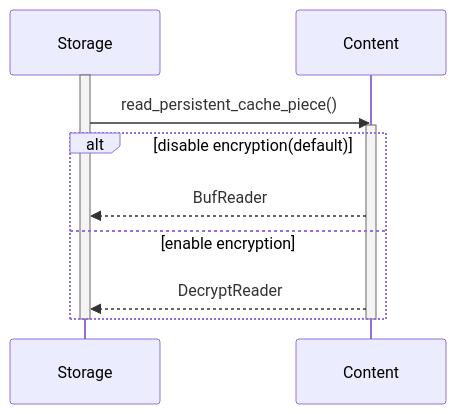
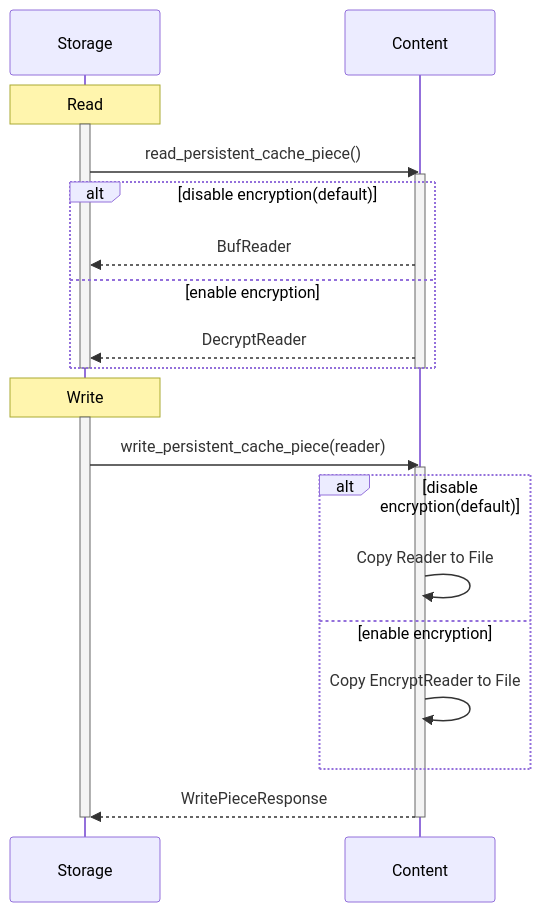
The first of 2 diagrams in systems-analysis/peer-cache-encryption-storage.md (dragonflyoss/design), drawn with Mermaid before and after one commit.

Commit message:
docs: update graph with write piece

````diff
--- a/systems-analysis/peer-cache-encryption-storage.md
+++ b/systems-analysis/peer-cache-encryption-storage.md
@@ -26,18 +26,37 @@
 ```mermaid
 sequenceDiagram
     participant storage as Storage
     participant content as Content
 
+    %% Read
+    Note over storage: Read
     activate storage
     storage->>content: read_persistent_cache_piece()
 
     activate content
     alt disable encryption(default)
         content-->>storage: BufReader
     else enable encryption
         content-->>storage: DecryptReader
     end
 
     deactivate content
     deactivate storage
+
+    %% Write
+    Note over storage: Write
+    activate storage
+    storage->>content: write_persistent_cache_piece(reader)
+
+    activate content
+    alt disable encryption(default)
+        content->>content: Copy Reader to File
+    else enable encryption
+        %% content->>content: DecryptReader
+        content->>content: Copy EncryptReader to File
+    end
+    content-->>storage: WritePieceResponse
+
+    deactivate content
+    deactivate storage
 ```
````
